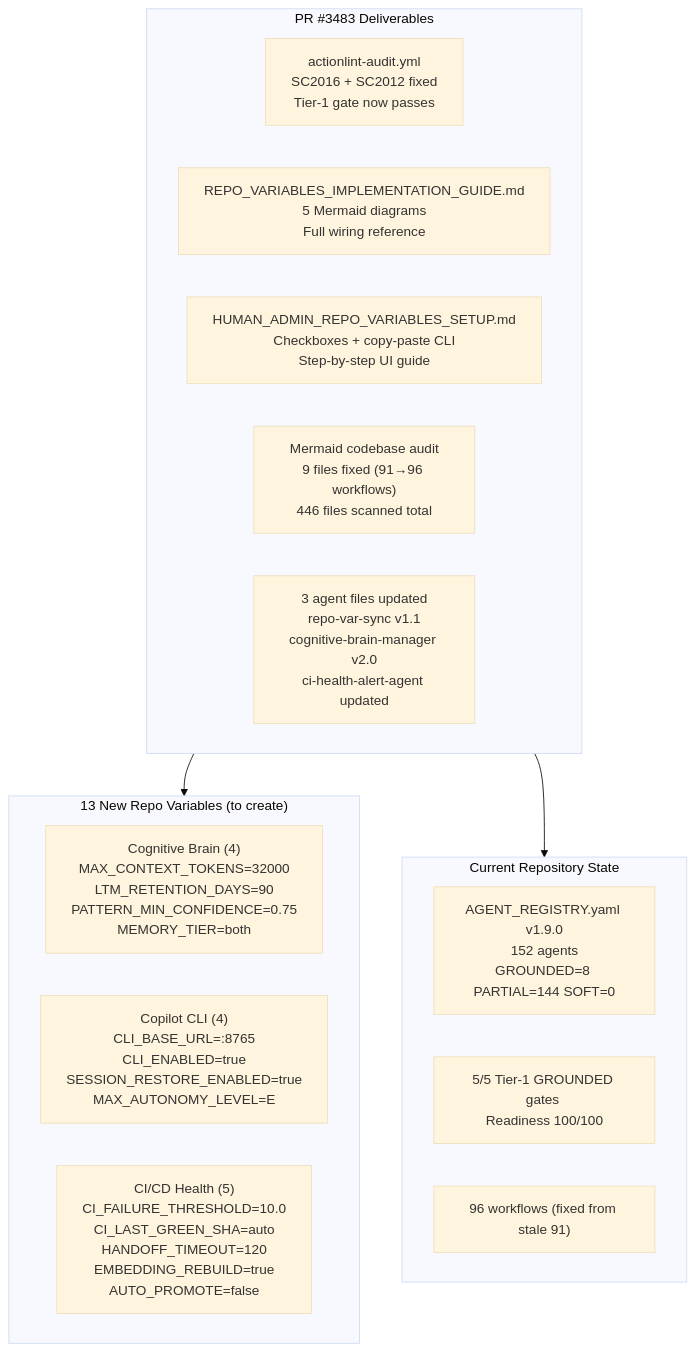
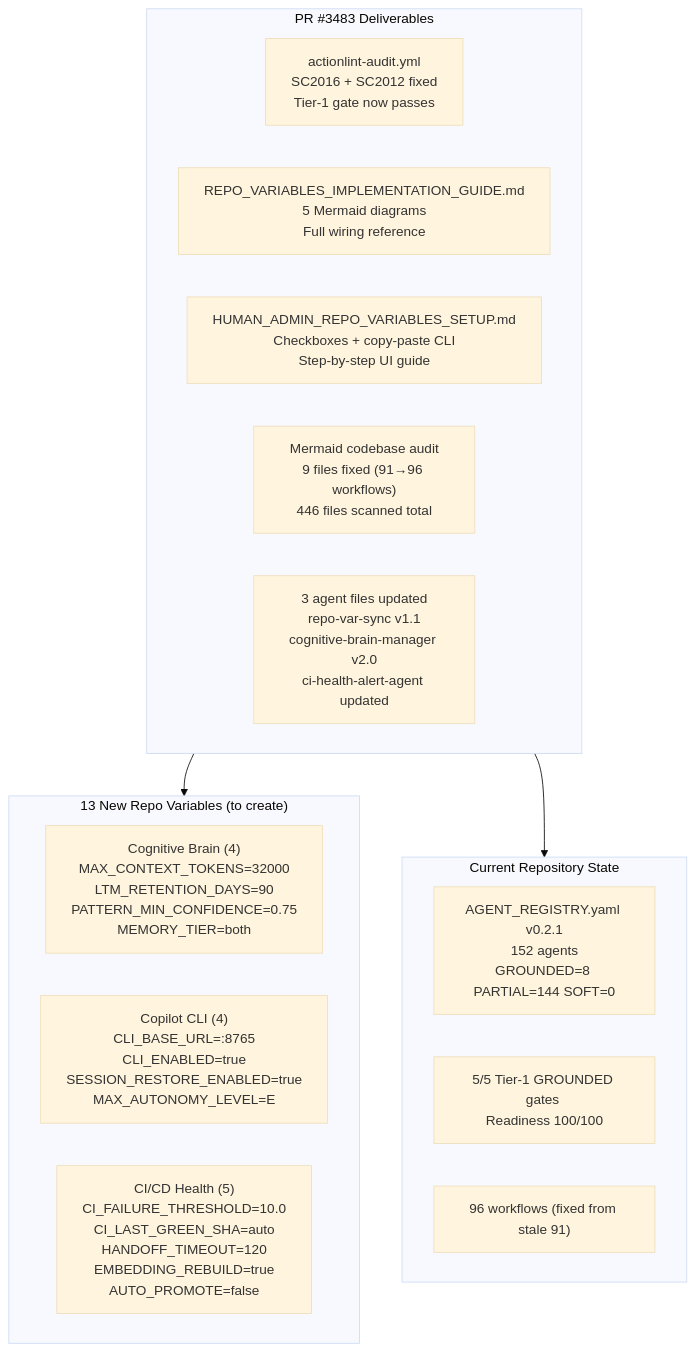
Before and after one commit to Aries-Serpent/_codex_: the first of 2 diagrams in docs/cognitive_brain/status/COGNITIVE_BRAIN_STATUS_PR3483.md, drawn with Mermaid (base theme). The commit also changed other lines of this file and 1989 other files, not shown here.

````diff
--- a/docs/cognitive_brain/status/COGNITIVE_BRAIN_STATUS_PR3483.md
+++ b/docs/cognitive_brain/status/COGNITIVE_BRAIN_STATUS_PR3483.md
@@ -39,26 +39,26 @@
 ```mermaid
 %%{init: {'accessibility': {'title': 'Diagram showing "PR #3483 Deliverables", " actionlint-audit.yml\nSC2016 + SC2012 fixed\nTier-1 gate now passes"'}}%%
 graph TB
     subgraph PR3483["PR #3483 Deliverables"]
         FIX1[" actionlint-audit.yml\nSC2016 + SC2012 fixed\nTier-1 gate now passes"]
         DOCS1[" REPO_VARIABLES_IMPLEMENTATION_GUIDE.md\n5 Mermaid diagrams\nFull wiring reference"]
         DOCS2[" HUMAN_ADMIN_REPO_VARIABLES_SETUP.md\nCheckboxes + copy-paste CLI\nStep-by-step UI guide"]
         AUDIT[" Mermaid codebase audit\n9 files fixed (91→96 workflows)\n446 files scanned total"]
         AGENTS[" 3 agent files updated\nrepo-var-sync v1.1\ncognitive-brain-manager v2.0\nci-health-alert-agent updated"]
     end
 
     subgraph VARS["13 New Repo Variables (to create)"]
         CB_VARS["Cognitive Brain (4)\nMAX_CONTEXT_TOKENS=32000\nLTM_RETENTION_DAYS=90\nPATTERN_MIN_CONFIDENCE=0.75\nMEMORY_TIER=both"]
         CLI_VARS["Copilot CLI (4)\nCLI_BASE_URL=:8765\nCLI_ENABLED=true\nSESSION_RESTORE_ENABLED=true\nMAX_AUTONOMY_LEVEL=E"]
         CI_VARS["CI/CD Health (5)\nCI_FAILURE_THRESHOLD=10.0\nCI_LAST_GREEN_SHA=auto\nHANDOFF_TIMEOUT=120\nEMBEDDING_REBUILD=true\nAUTO_PROMOTE=false"]
     end
 
     subgraph STATE["Current Repository State"]
-        REG["AGENT_REGISTRY.yaml v1.9.0\n152 agents\nGROUNDED=8 PARTIAL=144 SOFT=0"]
+        REG["AGENT_REGISTRY.yaml v0.2.1\n152 agents\nGROUNDED=8 PARTIAL=144 SOFT=0"]
         GATES["5/5 Tier-1 GROUNDED gates \nReadiness 100/100"]
         WF["96 workflows (fixed from stale 91)"]
     end
 
     PR3483 --> VARS
     PR3483 --> STATE
 ```
````
